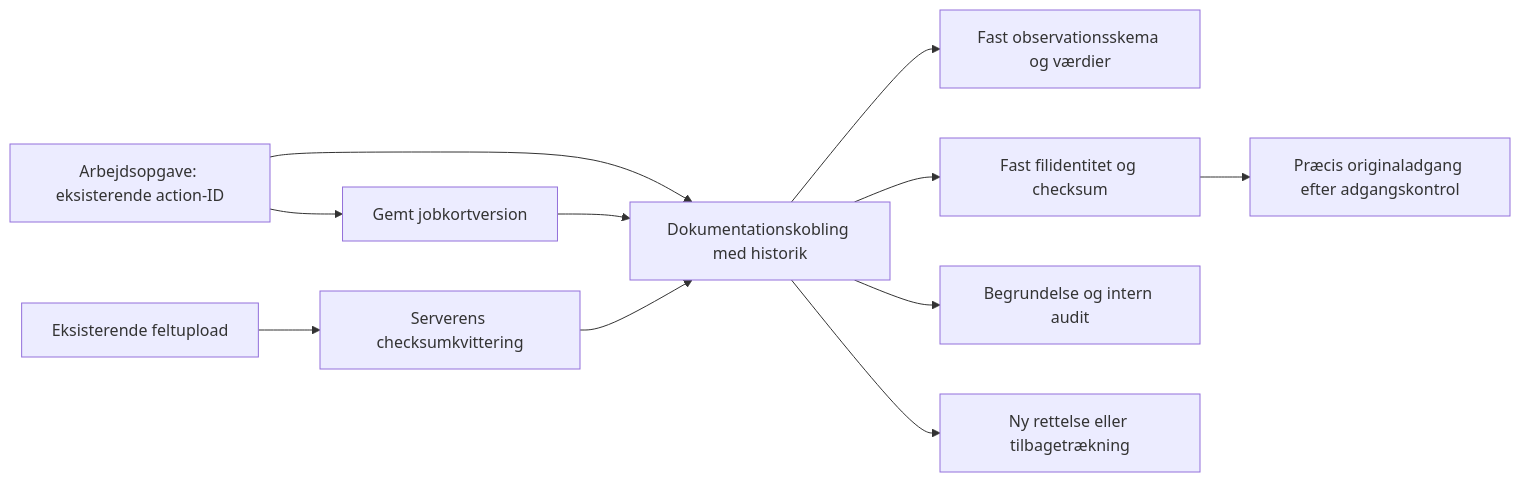
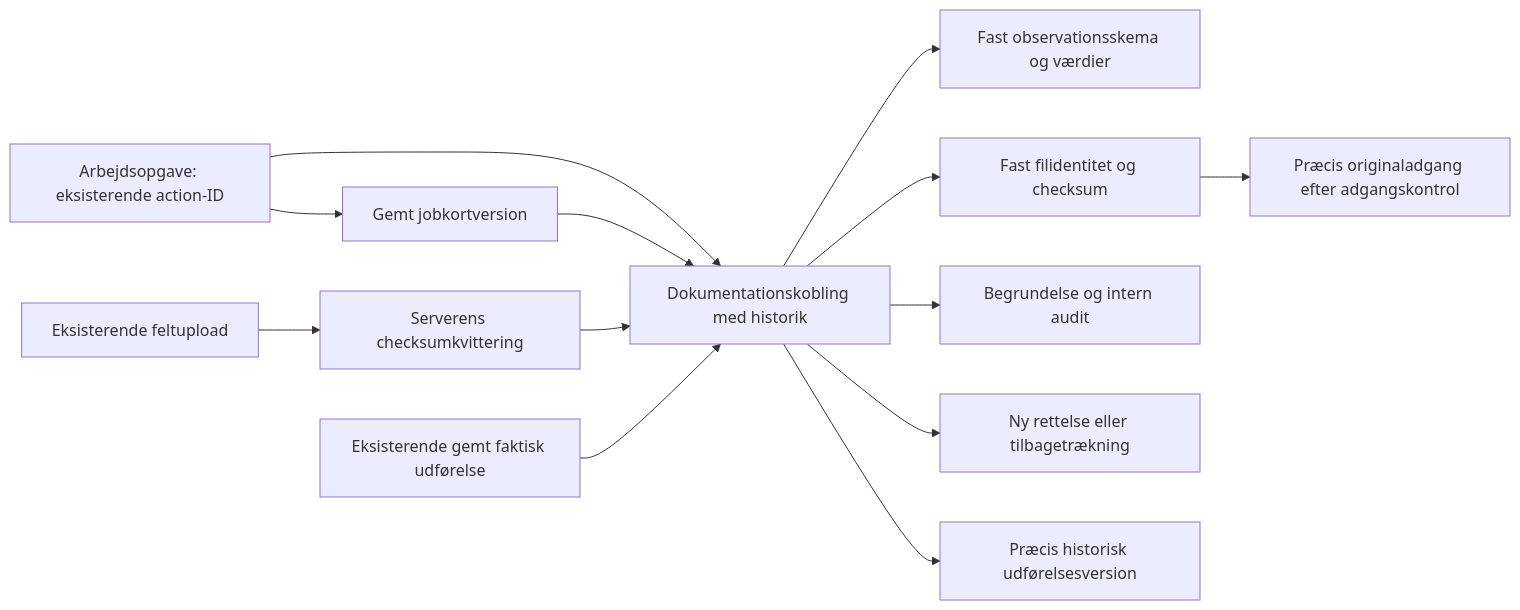
The diagram in docs/OPGAVE_DOKUMENTATION_SAMLING.md (JESRI-C/freyra-hub), drawn with Mermaid before and after one commit. The commit also changed other lines of this file and 3 other files, not shown here.

````diff
--- a/docs/OPGAVE_DOKUMENTATION_SAMLING.md
+++ b/docs/OPGAVE_DOKUMENTATION_SAMLING.md
@@ -17,13 +25,15 @@
 ```mermaid
 flowchart LR
   A[Arbejdsopgave: eksisterende action-ID] --> B[Gemt jobkortversion]
   A --> C[Dokumentationskobling med historik]
   B --> C
   D[Eksisterende feltupload] --> E[Serverens checksumkvittering]
   E --> C
   C --> F[Fast observationsskema og værdier]
   C --> G[Fast filidentitet og checksum]
   C --> H[Begrundelse og intern audit]
   G --> I[Præcis originaladgang efter adgangskontrol]
   C --> J[Ny rettelse eller tilbagetrækning]
+  K[Eksisterende gemt faktisk udførelse] --> C
+  C --> L[Præcis historisk udførelsesversion]
 ```
````
